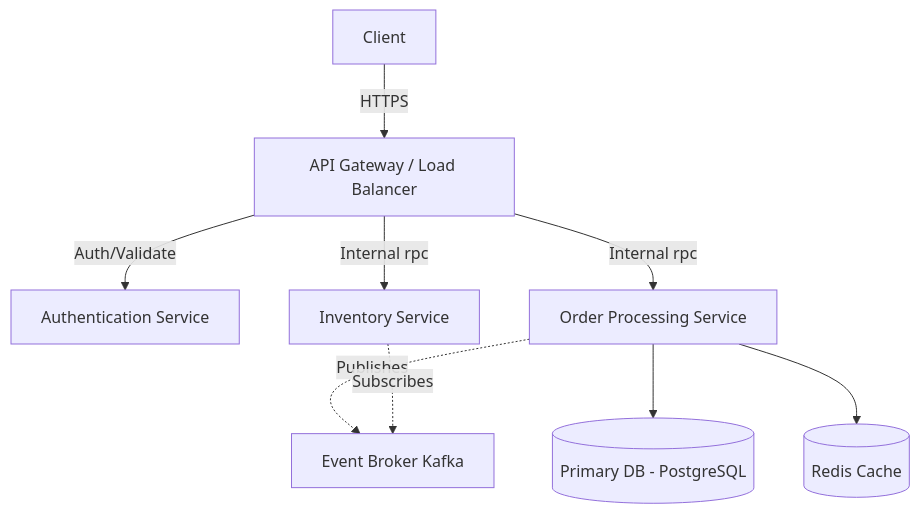
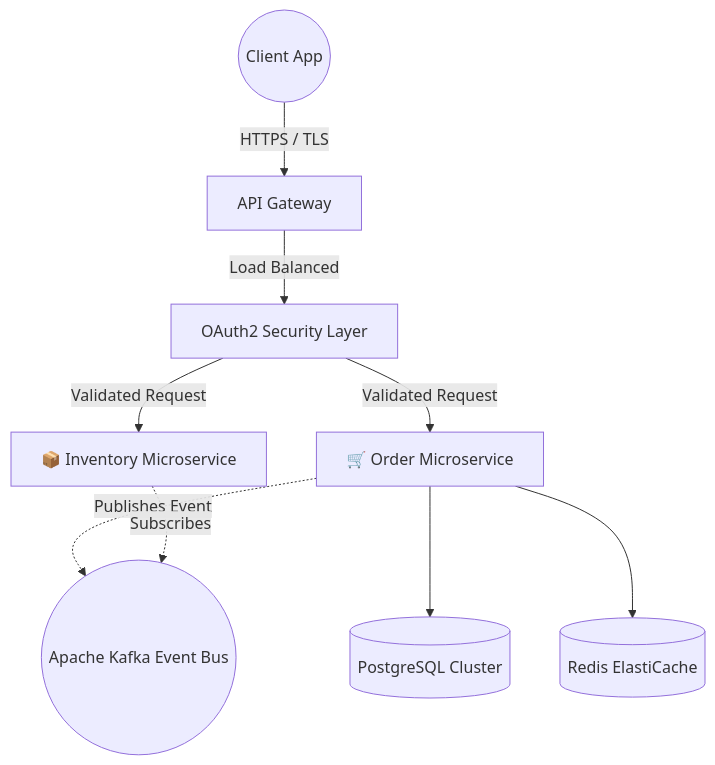
One commit to puspharaj-7/puspharaj-7 changed the diagram in README.md. Above: the diagram before and after it, drawn with Mermaid. The commit also changed other lines of this file, not shown here.

````diff
--- a/README.md
+++ b/README.md
@@ -40,13 +55,13 @@
 ```mermaid
 graph TD;
-    Client-->|HTTPS| API_Gateway[API Gateway / Load Balancer];
-    API_Gateway-->|Auth/Validate| Auth_Service[Authentication Service];
-    API_Gateway-->|Internal rpc| Order_Service[Order Processing Service];
-    API_Gateway-->|Internal rpc| Inventory_Service[Inventory Service];
+    Client((Client App))-->|HTTPS / TLS| Gateway[API Gateway]
+    Gateway-->|Load Balanced| Auth[OAuth2 Security Layer]
+    Auth-->|Validated Request| OrderService[🛒 Order Microservice]
+    Auth-->|Validated Request| InventoryService[📦 Inventory Microservice]
     
-    Order_Service-.->|Publishes| Kafka[Event Broker Kafka];
-    Inventory_Service-.->|Subscribes| Kafka;
+    OrderService-.->|Publishes Event| Kafka((Apache Kafka Event Bus))
+    InventoryService-.->|Subscribes| Kafka
     
-    Order_Service-->Order_DB[(Primary DB - PostgreSQL)];
-    Order_Service-->Redis[(Redis Cache)];
+    OrderService-->DB1[(PostgreSQL Cluster)]
+    OrderService-->Cache[(Redis ElastiCache)]
 ```
````
